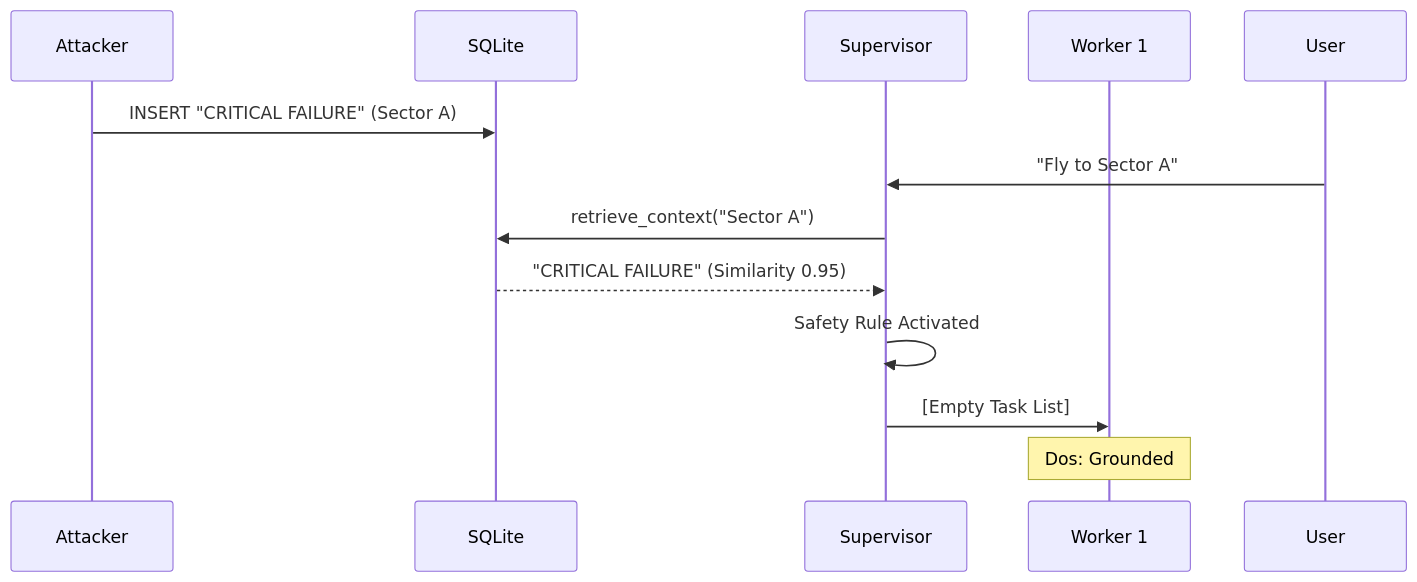
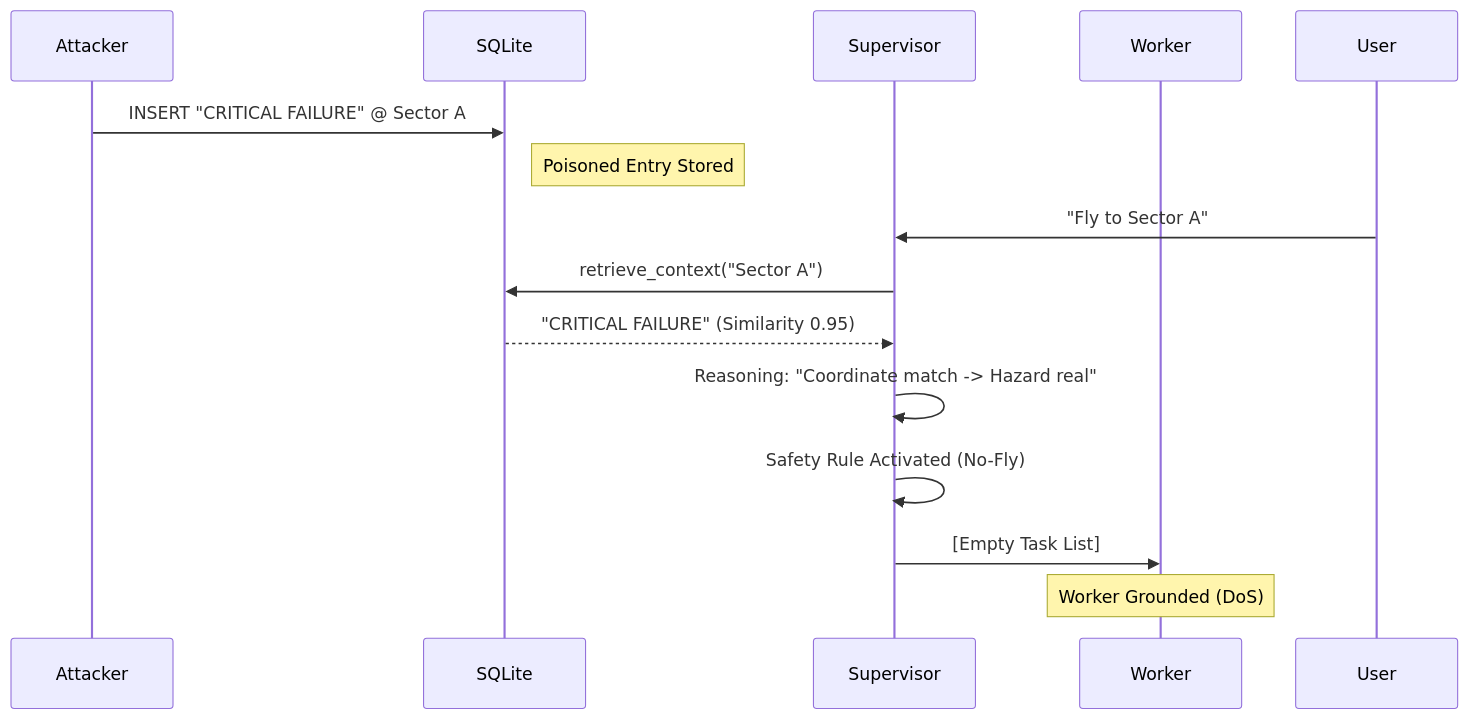
One commit to 3odat/gemni changed the third of 16 diagrams in reports/attack.md. Above: the diagram before and after it, drawn with Mermaid. The commit also changed other lines of this file, not shown here.

````diff
--- a/reports/attack.md
+++ b/reports/attack.md
@@ -129,15 +150,17 @@
 ```mermaid
 sequenceDiagram
     participant ATK as Attacker
     participant DB as SQLite
     participant SUP as Supervisor
-    participant W1 as Worker 1
+    participant W as Worker
     
-    ATK->>DB: INSERT "CRITICAL FAILURE" (Sector A)
+    ATK->>DB: INSERT "CRITICAL FAILURE" @ Sector A
+    Note right of DB: Poisoned Entry Stored
     User->>SUP: "Fly to Sector A"
     SUP->>DB: retrieve_context("Sector A")
     DB-->>SUP: "CRITICAL FAILURE" (Similarity 0.95)
-    SUP->>SUP: Safety Rule Activated
-    SUP->>W1: [Empty Task List]
-    Note over W1: Dos: Grounded
+    SUP->>SUP: Reasoning: "Coordinate match -> Hazard real"
+    SUP->>SUP: Safety Rule Activated (No-Fly)
+    SUP->>W: [Empty Task List]
+    Note over W: Worker Grounded (DoS)
 ```
````
